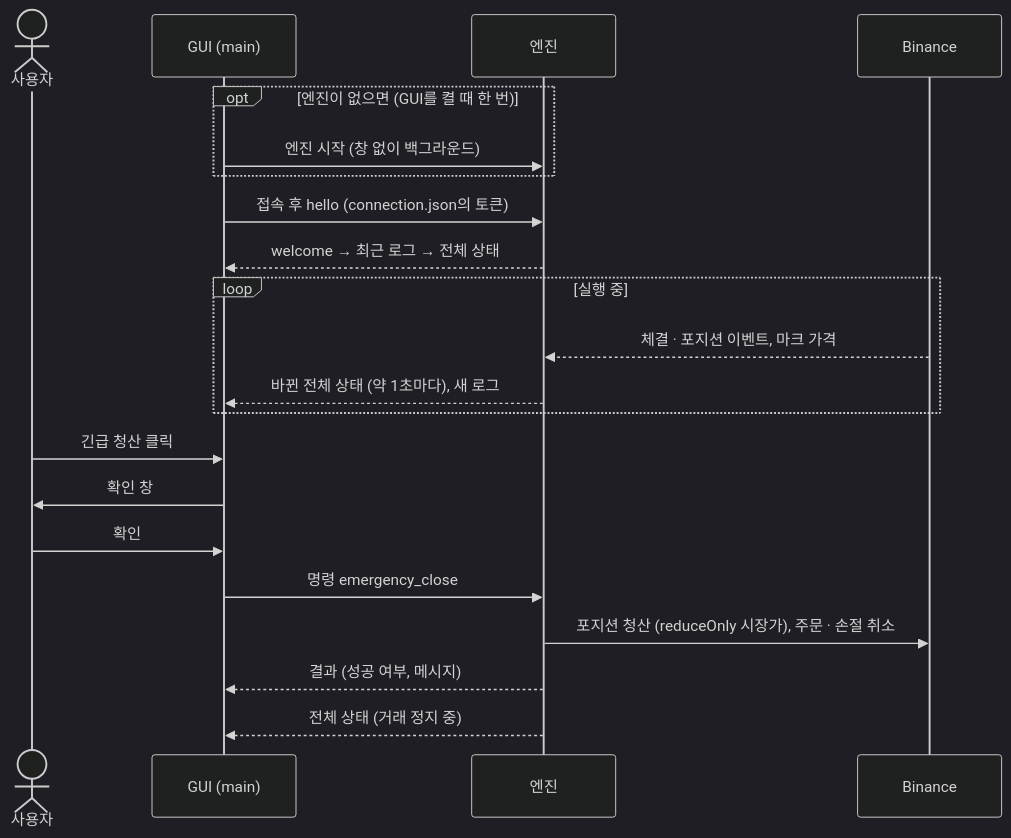
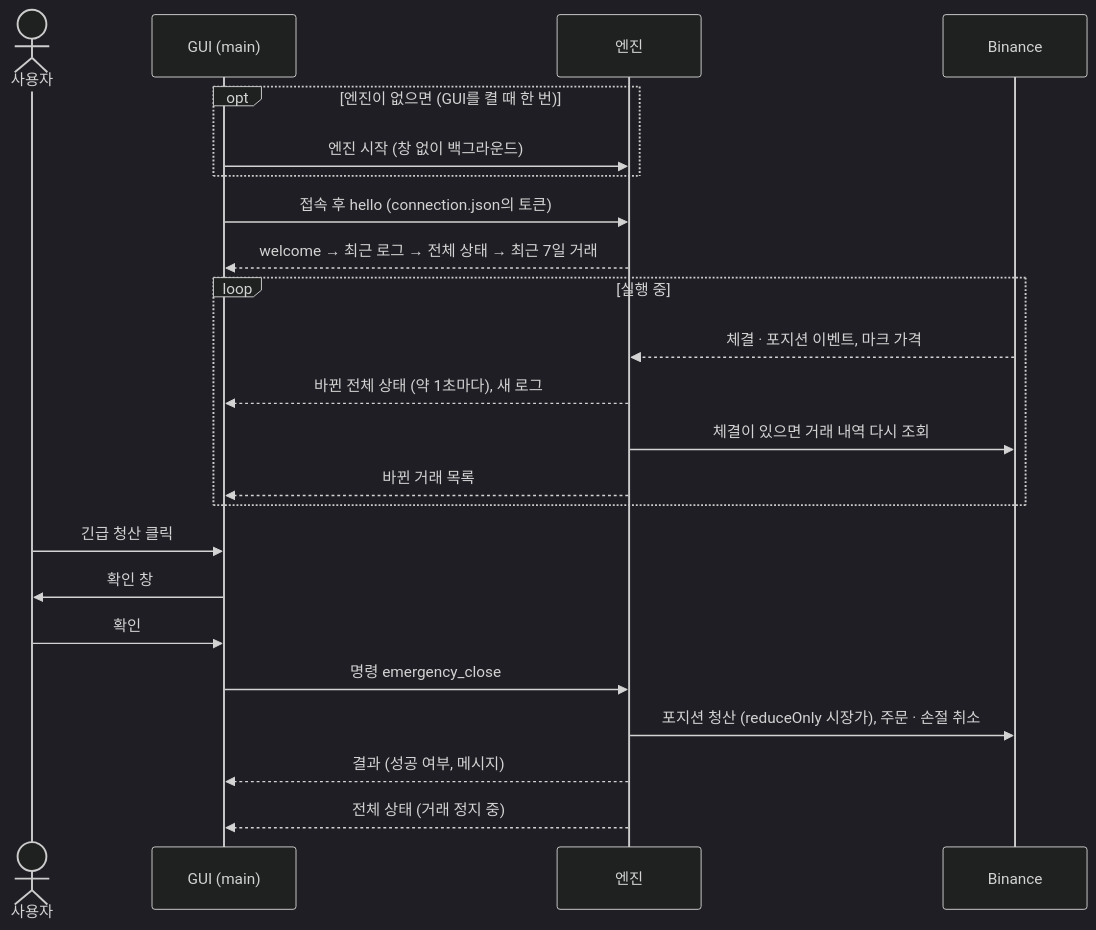
One commit to Epsilonely/quantdeck changed the second of 2 diagrams in README.md. Above: the diagram before and after it, drawn with Mermaid (dark theme). The commit also changed 22 other files, not shown here.

````diff
--- a/README.md
+++ b/README.md
@@ -59,24 +59,26 @@
 ```mermaid
 sequenceDiagram
     actor U as 사용자
     participant G as GUI (main)
     participant E as 엔진
     participant X as Binance
 
     opt 엔진이 없으면 (GUI를 켤 때 한 번)
         G->>E: 엔진 시작 (창 없이 백그라운드)
     end
     G->>E: 접속 후 hello (connection.json의 토큰)
-    E-->>G: welcome → 최근 로그 → 전체 상태
+    E-->>G: welcome → 최근 로그 → 전체 상태 → 최근 7일 거래
     loop 실행 중
         X-->>E: 체결 · 포지션 이벤트, 마크 가격
         E-->>G: 바뀐 전체 상태 (약 1초마다), 새 로그
+        E->>X: 체결이 있으면 거래 내역 다시 조회
+        E-->>G: 바뀐 거래 목록
     end
     U->>G: 긴급 청산 클릭
     G->>U: 확인 창
     U->>G: 확인
     G->>E: 명령 emergency_close
     E->>X: 포지션 청산 (reduceOnly 시장가), 주문 · 손절 취소
     E-->>G: 결과 (성공 여부, 메시지)
     E-->>G: 전체 상태 (거래 정지 중)
 ```
````
